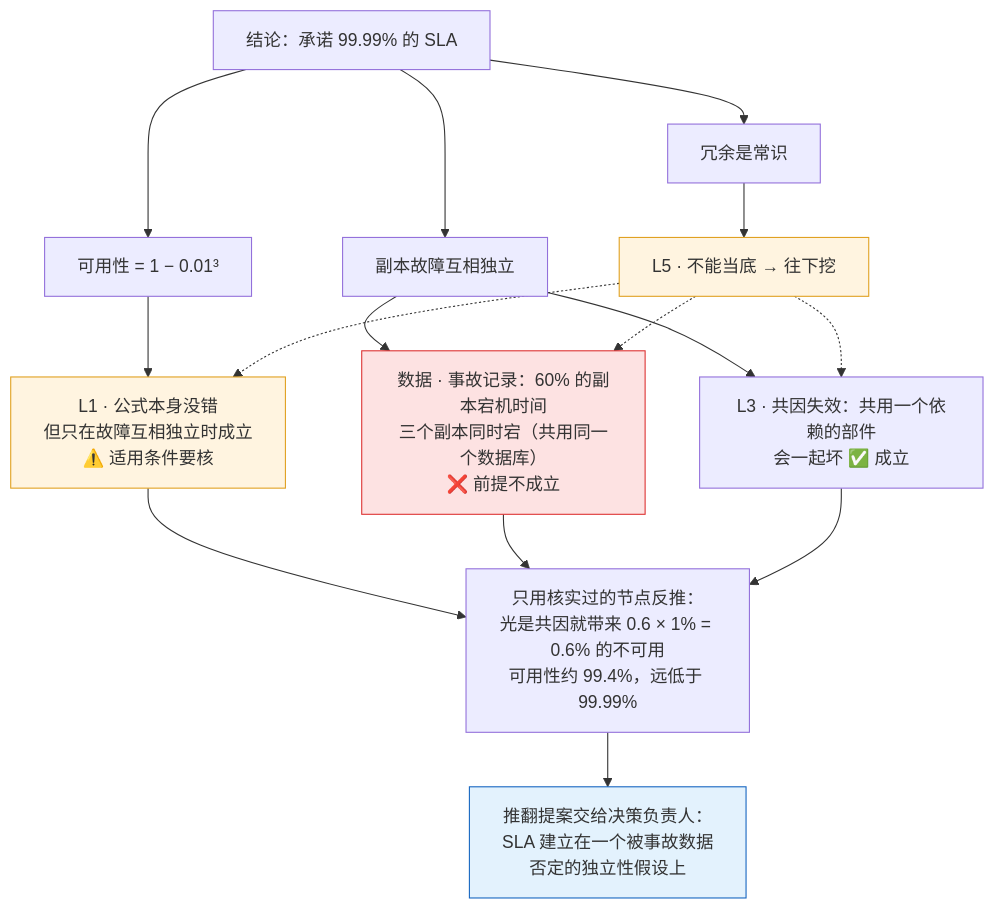
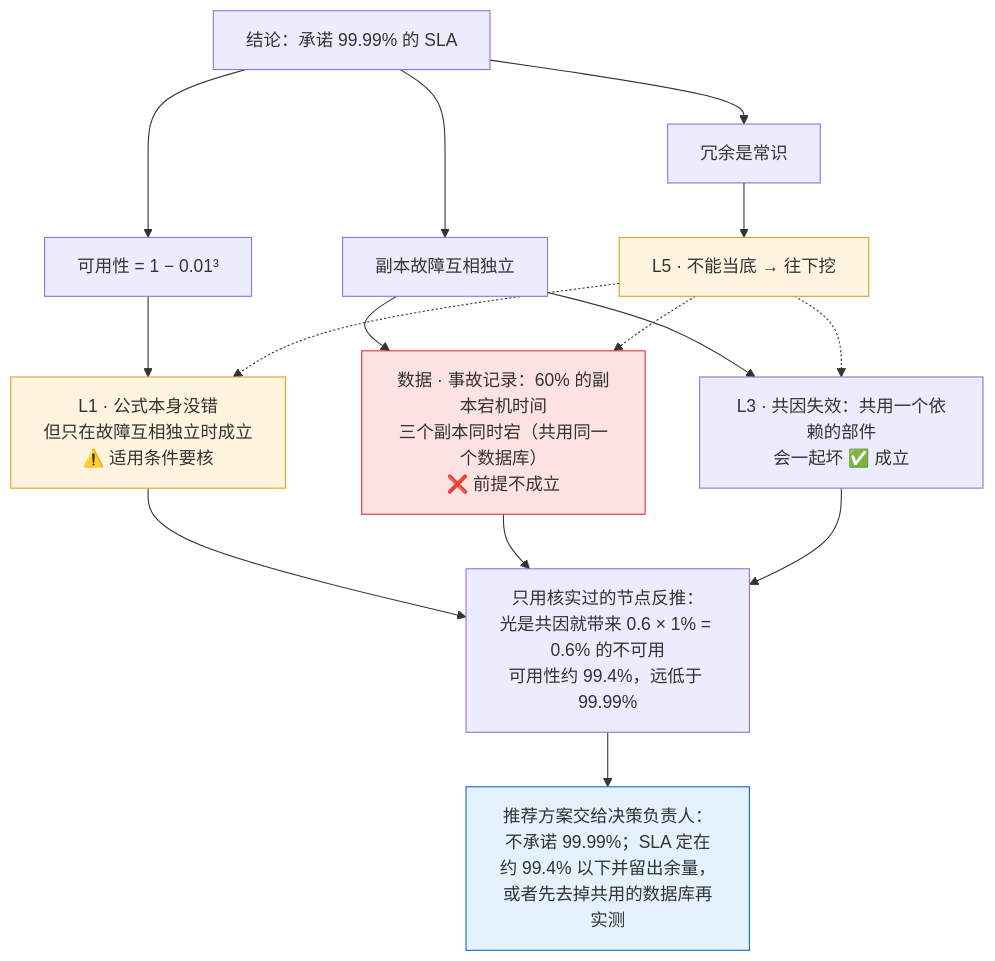
The fourth of 4 diagrams in README.zh-CN.md (zk-hypersolid/premise-challenge), drawn with Mermaid before and after one commit. The commit also changed other lines of this file and 5 other files, not shown here.

````diff
--- a/README.zh-CN.md
+++ b/README.zh-CN.md
@@ -122,22 +122,22 @@
 ```mermaid
 flowchart TB
     C["结论：承诺 99.99% 的 SLA"]
     C --> P1["可用性 = 1 − 0.01³"]
     C --> P2["副本故障互相独立"]
     C --> P3["冗余是常识"]
     P1 --> A1["L1 · 公式本身没错<br/>但只在故障互相独立时成立<br/>⚠️ 适用条件要核"]
     P2 --> A2["数据 · 事故记录：60% 的副本宕机时间<br/>三个副本同时宕（共用同一个数据库）<br/>❌ 前提不成立"]
     P2 --> A3["L3 · 共因失效：共用一个依赖的部件<br/>会一起坏 ✅ 成立"]
     P3 --> A4["L5 · 不能当底 → 往下挖"]
     A4 -.-> A1
     A4 -.-> A2
     A4 -.-> A3
     A1 --> R["只用核实过的节点反推：<br/>光是共因就带来 0.6 × 1% = 0.6% 的不可用<br/>可用性约 99.4%，远低于 99.99%"]
     A2 --> R
     A3 --> R
-    R --> OUT["推翻提案交给决策负责人：<br/>SLA 建立在一个被事故数据<br/>否定的独立性假设上"]
+    R --> OUT["推荐方案交给决策负责人：<br/>不承诺 99.99%；SLA 定在约 99.4% 以下并留出余量，<br/>或者先去掉共用的数据库再实测"]
     style A1 fill:#fff4e0,stroke:#e0a020
     style A2 fill:#fde2e2,stroke:#d33
     style A4 fill:#fff4e0,stroke:#e0a020
     style OUT fill:#e3f2fd,stroke:#1565c0
 ```
````
